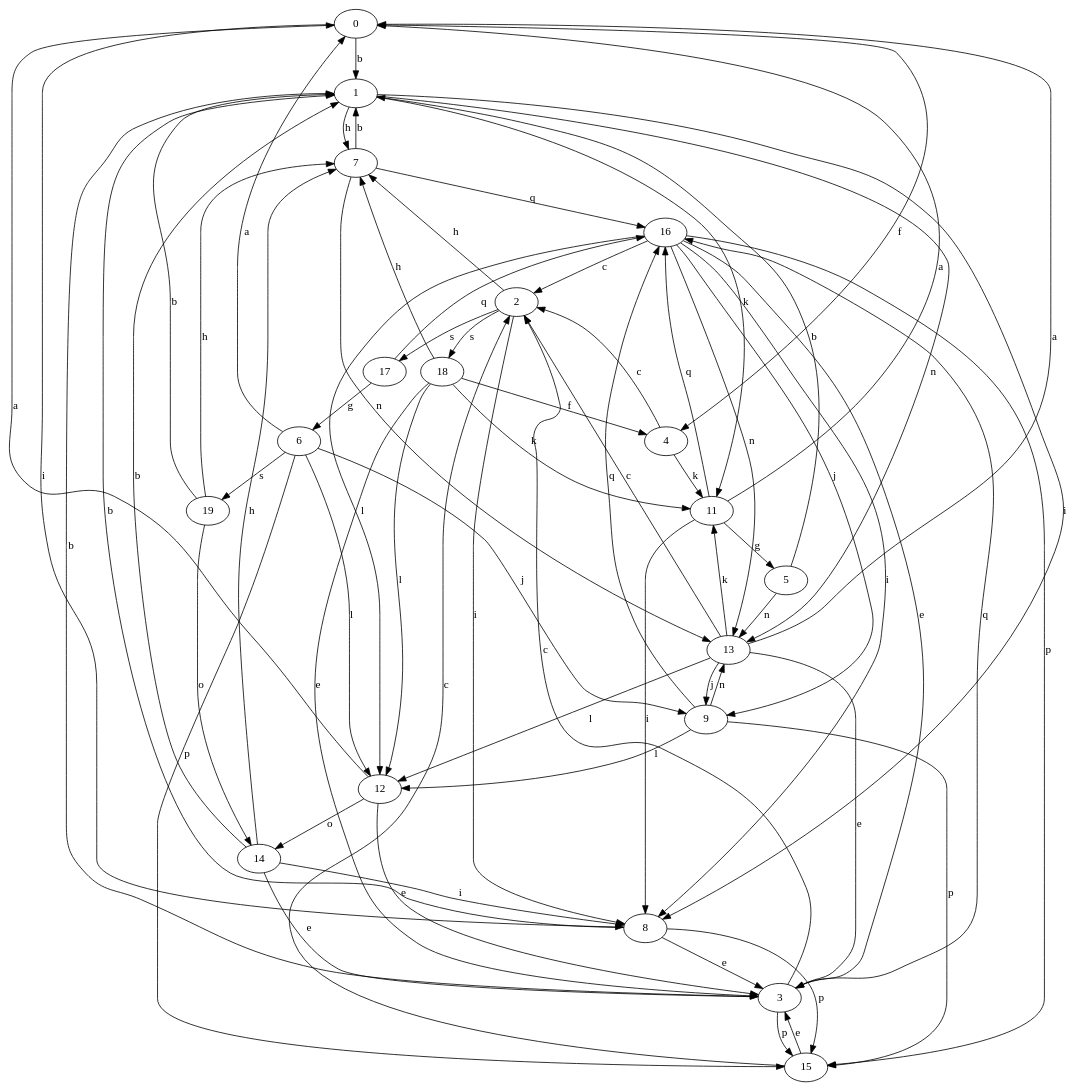
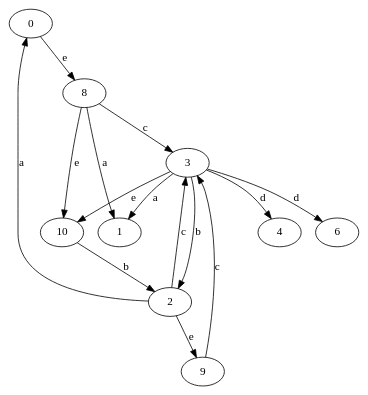
One commit to shaunak215/Genomics-Final-Project changed the diagram in generator/samples/test_2.dot. Above: the diagram before and after it, drawn with Graphviz. The commit also changed 20 other files, not shown here.

```diff
--- a/generator/samples/test_2.dot
+++ b/generator/samples/test_2.dot
@@ -1,91 +1,25 @@
 strict digraph  {
 0;
 1;
 2;
 3;
 4;
-5;
 6;
-7;
 8;
 9;
-11;
-12;
-13;
-14;
-15;
-16;
-17;
-18;
-19;
-0 -> 1  [label=b];
-0 -> 4  [label=f];
-0 -> 8  [label=i];
-1 -> 7  [label=h];
-1 -> 8  [label=i];
-1 -> 11  [label=k];
-1 -> 13  [label=n];
-2 -> 7  [label=h];
-2 -> 8  [label=i];
-2 -> 17  [label=s];
-2 -> 18  [label=s];
-3 -> 1  [label=b];
-3 -> 2  [label=c];
-3 -> 15  [label=p];
-3 -> 16  [label=q];
-4 -> 2  [label=c];
-4 -> 11  [label=k];
-5 -> 1  [label=b];
-5 -> 13  [label=n];
-6 -> 0  [label=a];
-6 -> 9  [label=j];
-6 -> 12  [label=l];
-6 -> 15  [label=p];
-6 -> 19  [label=s];
-7 -> 1  [label=b];
-7 -> 13  [label=n];
-7 -> 16  [label=q];
-8 -> 1  [label=b];
-8 -> 3  [label=e];
-8 -> 15  [label=p];
-9 -> 12  [label=l];
-9 -> 13  [label=n];
-9 -> 15  [label=p];
-9 -> 16  [label=q];
-11 -> 0  [label=a];
-11 -> 5  [label=g];
-11 -> 8  [label=i];
-11 -> 16  [label=q];
-12 -> 0  [label=a];
-12 -> 3  [label=e];
-12 -> 14  [label=o];
-13 -> 0  [label=a];
-13 -> 2  [label=c];
-13 -> 3  [label=e];
-13 -> 9  [label=j];
-13 -> 11  [label=k];
-13 -> 12  [label=l];
-14 -> 1  [label=b];
-14 -> 3  [label=e];
-14 -> 7  [label=h];
-14 -> 8  [label=i];
-15 -> 2  [label=c];
-15 -> 3  [label=e];
-16 -> 2  [label=c];
-16 -> 3  [label=e];
-16 -> 8  [label=i];
-16 -> 9  [label=j];
-16 -> 12  [label=l];
-16 -> 13  [label=n];
-16 -> 15  [label=p];
-17 -> 6  [label=g];
-17 -> 16  [label=q];
-18 -> 3  [label=e];
-18 -> 4  [label=f];
-18 -> 7  [label=h];
-18 -> 11  [label=k];
-18 -> 12  [label=l];
-19 -> 1  [label=b];
-19 -> 7  [label=h];
-19 -> 14  [label=o];
+10;
+0 -> 8  [label=e];
+2 -> 0  [label=a];
+2 -> 3  [label=c];
+2 -> 9  [label=e];
+3 -> 1  [label=a];
+3 -> 2  [label=b];
+3 -> 4  [label=d];
+3 -> 6  [label=d];
+3 -> 10  [label=e];
+8 -> 1  [label=a];
+8 -> 3  [label=c];
+8 -> 10  [label=e];
+9 -> 3  [label=c];
+10 -> 2  [label=b];
 }
```
